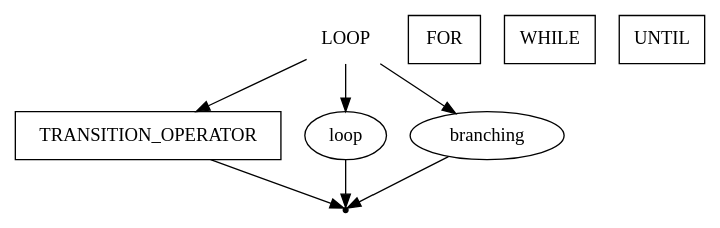
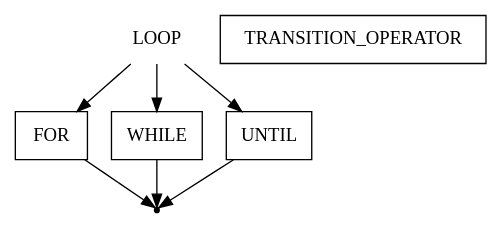
Before and after one commit to ayu-f/DSL_Pseudocode: the diagram in pseudocode/loop.gv, drawn with Graphviz. The commit also changed 1 other file, not shown here.

```diff
--- a/pseudocode/loop.gv
+++ b/pseudocode/loop.gv
@@ -1,14 +1,14 @@
 digraph LOOP {
     start [label=LOOP shape=plaintext]
     for [label=FOR shape=box]
     while [label=WHILE shape=box]
     until [label=UNTIL shape=box]
     transition_operator [label=TRANSITION_OPERATOR shape=box]
     end [label="" shape=point]
-    start -> loop
-    start -> branching
-    start -> transition_operator
-    loop -> end
-    branching -> end
-    transition_operator -> end
+    start -> for
+    start -> while
+    start -> until
+    for -> end
+    while -> end
+    until -> end
 }
```
